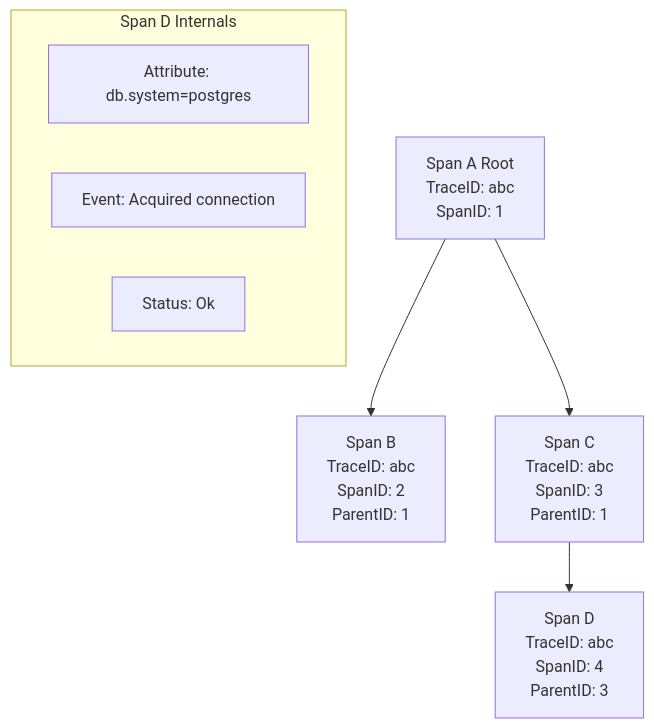
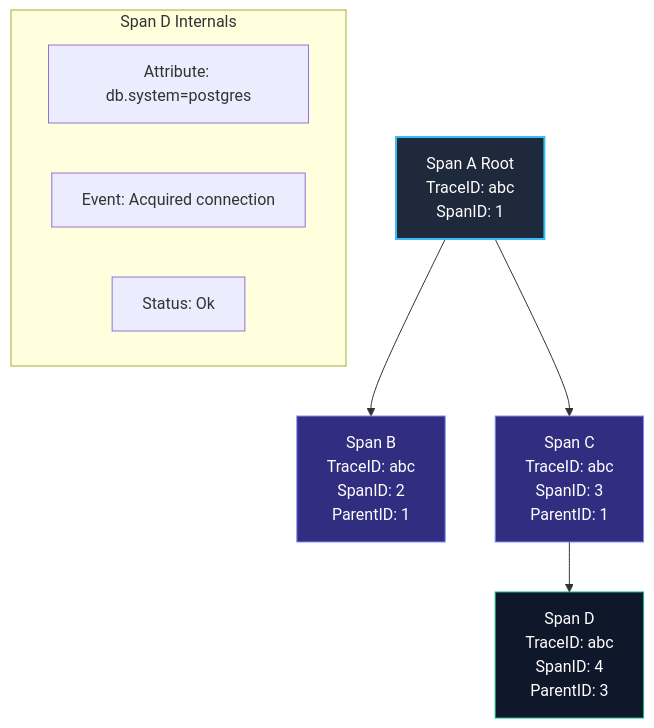
One commit to UnrealTemplier/go-textbook changed the first of 2 diagrams in sources/18. Observability (Мониторинг и наблюдаемость)/04. Трейсинг/3. Спаны и трейсы.md. Above: the diagram before and after it, drawn with Mermaid. The commit also changed other lines of this file, not shown here.

````diff
--- a/sources/18. Observability (Мониторинг и наблюдаемость)/04. Трейсинг/3. Спаны и трейсы.md
+++ b/sources/18. Observability (Мониторинг и наблюдаемость)/04. Трейсинг/3. Спаны и трейсы.md
@@ -21,13 +34,18 @@
 ```mermaid
 flowchart TD
     A["Span A Root<br>TraceID: abc<br>SpanID: 1"]
     A --> B["Span B<br>TraceID: abc<br>SpanID: 2<br>ParentID: 1"]
     A --> C["Span C<br>TraceID: abc<br>SpanID: 3<br>ParentID: 1"]
     C --> D["Span D<br>TraceID: abc<br>SpanID: 4<br>ParentID: 3"]
     
     subgraph "Span D Internals"
         D1["Attribute: db.system=postgres"]
         D2["Event: Acquired connection"]
         D3["Status: Ok"]
     end
+
+    style A fill:#1e293b,stroke:#38bdf8,stroke-width:2px,color:#fff
+    style B fill:#312e81,stroke:#818cf8,color:#fff
+    style C fill:#312e81,stroke:#818cf8,color:#fff
+    style D fill:#0f172a,stroke:#10b981,color:#fff
 ```
````
